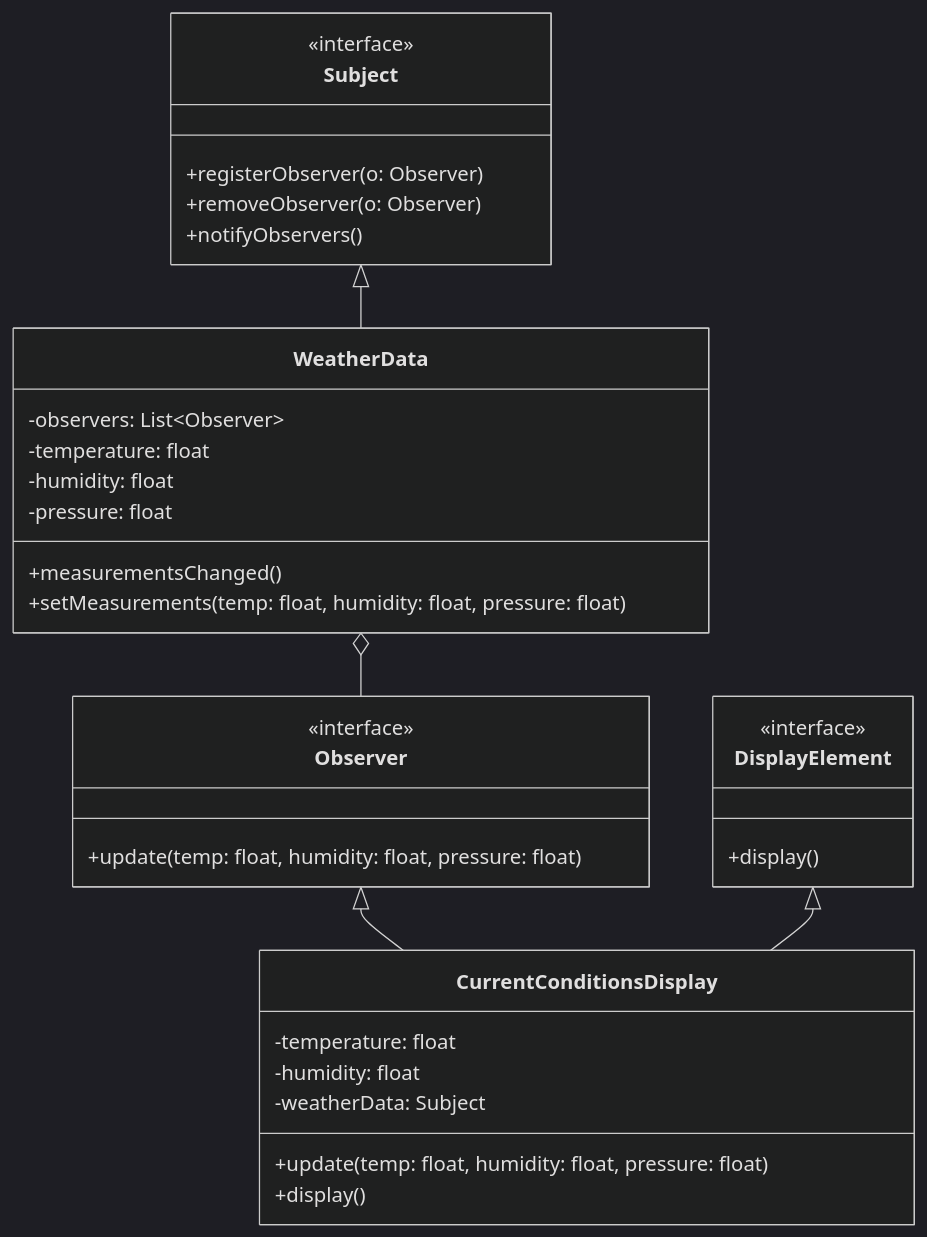
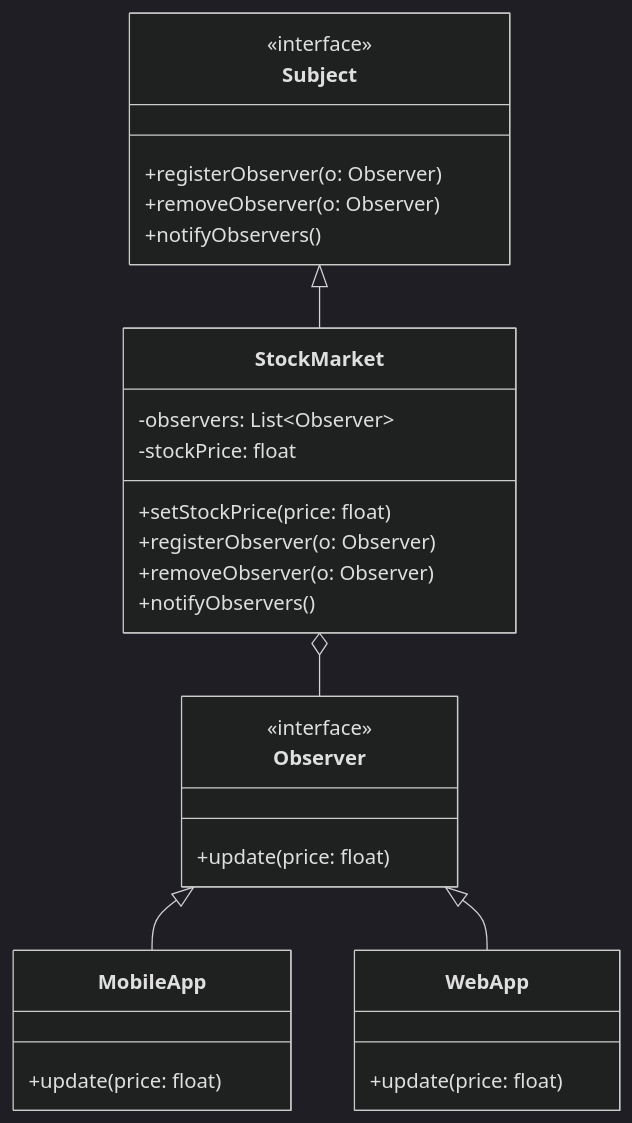
Before and after one commit to Shree2604/LL-System-Design: the diagram in Day05/Observer DP/README.md, drawn with Mermaid. The commit also changed other lines of this file and 3 other files, not shown here.

````diff
--- a/Day05/Observer DP/README.md
+++ b/Day05/Observer DP/README.md
@@ -10,42 +10,37 @@
 ```mermaid
 classDiagram
     %%{init: {'theme': 'dark'}}%%
     class Subject {
         <<interface>>
         +registerObserver(o: Observer)
         +removeObserver(o: Observer)
         +notifyObservers()
     }
     
     class Observer {
         <<interface>>
-        +update(temp: float, humidity: float, pressure: float)
+        +update(price: float)
     }
     
-    class DisplayElement {
-        <<interface>>
-        +display()
+    class StockMarket {
+        -observers: List~Observer~
+        -stockPrice: float
+        +setStockPrice(price: float)
+        +registerObserver(o: Observer)
+        +removeObserver(o: Observer)
+        +notifyObservers()
     }
     
-    class WeatherData {
-        -observers: List~Observer~
-        -temperature: float
-        -humidity: float
-        -pressure: float
-        +measurementsChanged()
-        +setMeasurements(temp: float, humidity: float, pressure: float)
+    class MobileApp {
+        +update(price: float)
     }
     
-    class CurrentConditionsDisplay {
-        -temperature: float
-        -humidity: float
-        -weatherData: Subject
-        +update(temp: float, humidity: float, pressure: float)
-        +display()
+    class WebApp {
+        +update(price: float)
     }
     
-    Subject <|-- WeatherData
-    Observer <|-- CurrentConditionsDisplay
-    DisplayElement <|-- CurrentConditionsDisplay
-    WeatherData o-- Observer
+    Subject <|-- StockMarket
+    Observer <|-- MobileApp
+    Observer <|-- WebApp
+    StockMarket o-- Observer
 ```
````
